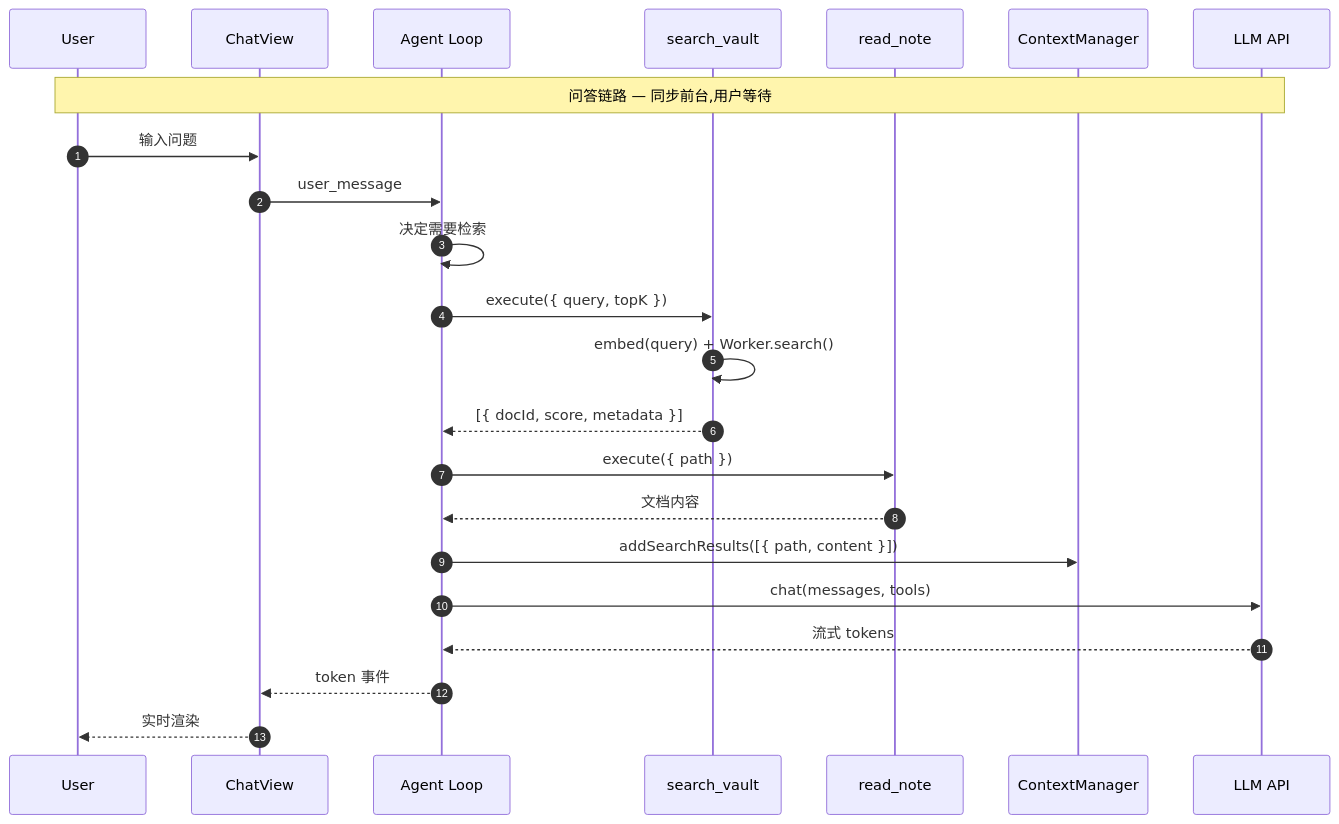
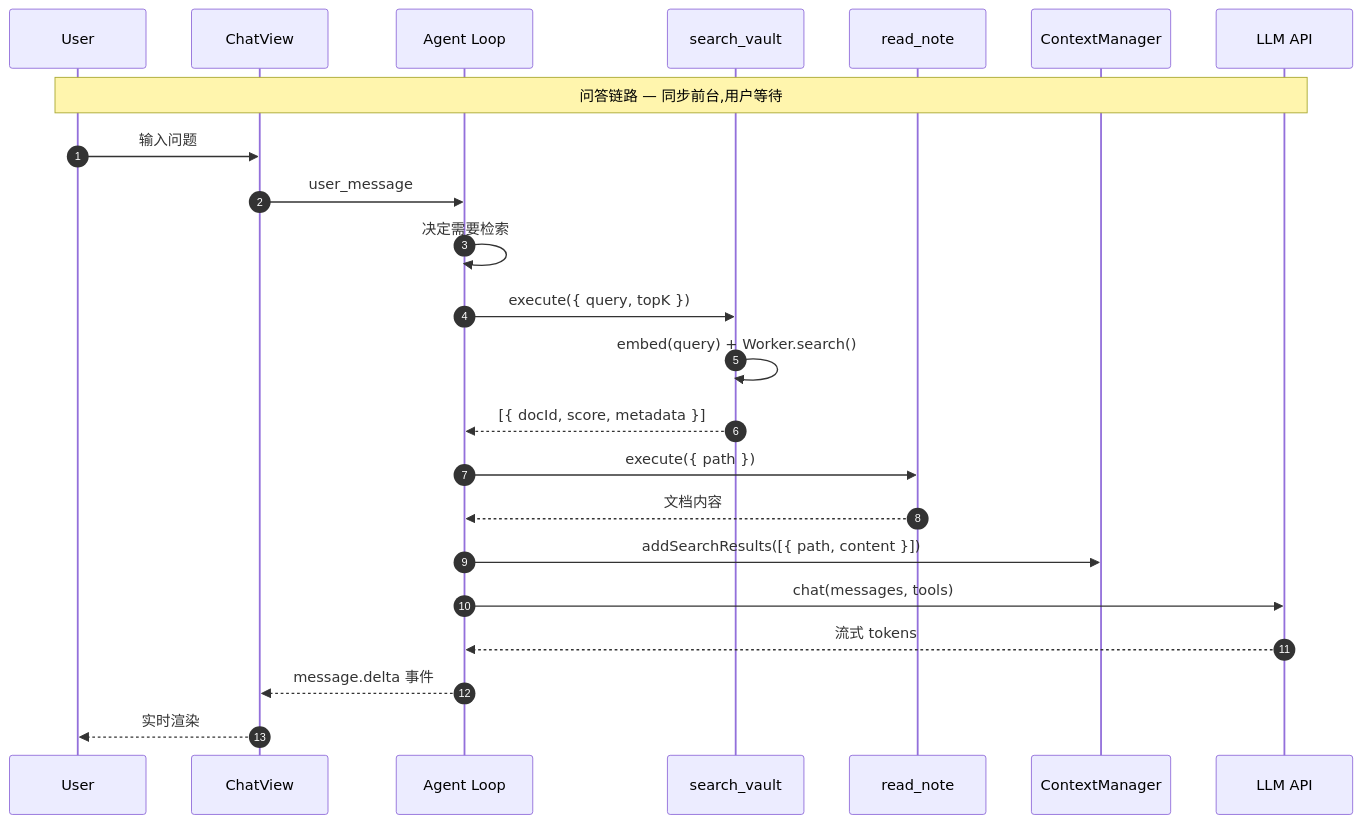
The third of 8 diagrams in docs/architecture/overview.md (golddream-y/obsidian-ratel), drawn with Mermaid before and after one commit. The commit also changed other lines of this file and 3 other files, not shown here.

First line of the commit message:
docs(architecture): 对齐事件名/字段名 + 更新执行边界表

````diff
--- a/docs/architecture/overview.md
+++ b/docs/architecture/overview.md
@@ -90,27 +90,27 @@
 ```mermaid
 sequenceDiagram
     autonumber
     participant U as User
     participant CV as ChatView
     participant AL as Agent Loop
     participant SV as search_vault
     participant RN as read_note
     participant CTX as ContextManager
     participant LLM as LLM API
 
     Note over U,LLM: 问答链路 — 同步前台,用户等待
 
     U->>CV: 输入问题
     CV->>AL: user_message
     AL->>AL: 决定需要检索
     AL->>SV: execute({ query, topK })
     SV->>SV: embed(query) + Worker.search()
     SV-->>AL: [{ docId, score, metadata }]
     AL->>RN: execute({ path })
     RN-->>AL: 文档内容
     AL->>CTX: addSearchResults([{ path, content }])
     AL->>LLM: chat(messages, tools)
     LLM-->>AL: 流式 tokens
-    AL-->>CV: token 事件
+    AL-->>CV: message.delta 事件
     CV-->>U: 实时渲染
 ```
````
